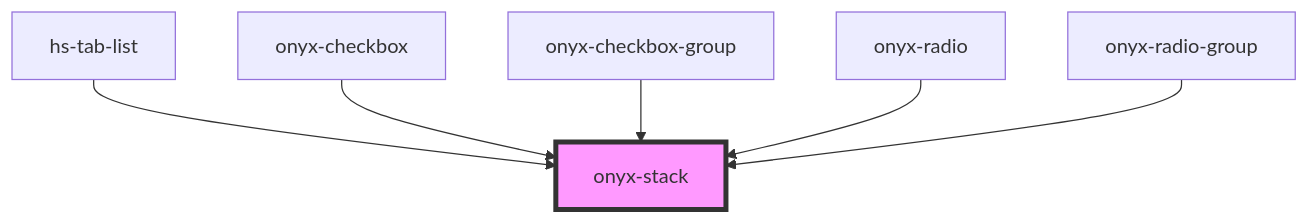
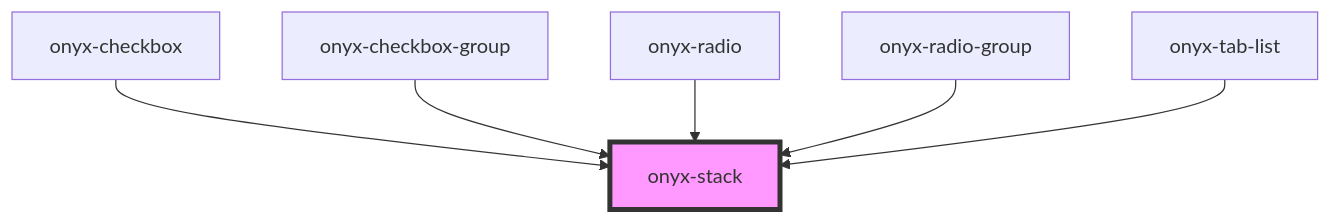
One commit to fortune-max/onyx-design-system changed the diagram in src/components/onyx-stack/readme.md. Above: the diagram before and after it, drawn with Mermaid. The commit also changed other lines of this file and 13 other files, not shown here.

````diff
--- a/src/components/onyx-stack/readme.md
+++ b/src/components/onyx-stack/readme.md
@@ -40,9 +40,9 @@
 ```mermaid
 graph TD;
-  hs-tab-list --> onyx-stack
   onyx-checkbox --> onyx-stack
   onyx-checkbox-group --> onyx-stack
   onyx-radio --> onyx-stack
   onyx-radio-group --> onyx-stack
+  onyx-tab-list --> onyx-stack
   style onyx-stack fill:#f9f,stroke:#333,stroke-width:4px
 ```
````
